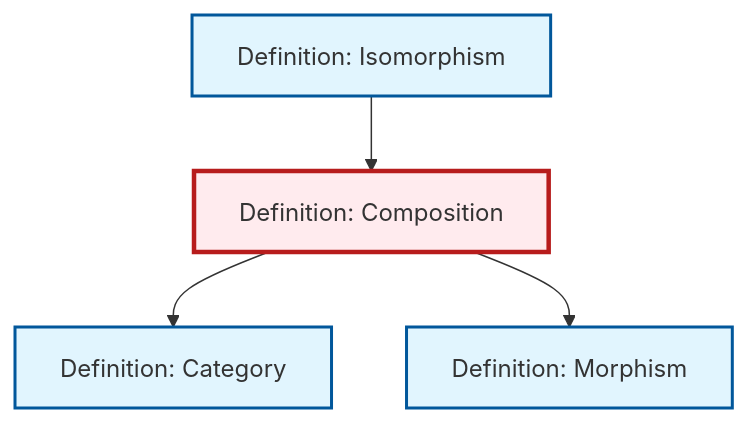
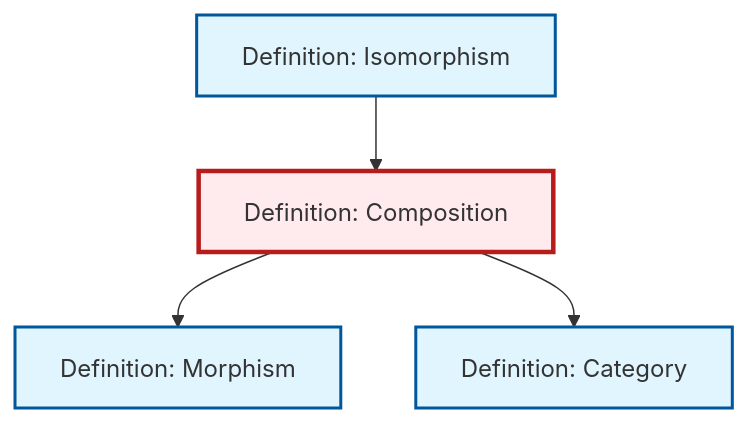
One commit to RK0429/ModernMath changed the diagram in output/mermaid/def-composition.mermaid. Above: the diagram before and after it, drawn with Mermaid. The commit also changed other lines of this file and 474 other files, not shown here.

```diff
--- a/output/mermaid/def-composition.mermaid
+++ b/output/mermaid/def-composition.mermaid
@@ -1,15 +1,15 @@
 %%| fig-cap: "Local dependency graph"
 graph TD
     classDef definition fill:#e1f5fe,stroke:#01579b,stroke-width:2px
     classDef theorem fill:#f3e5f5,stroke:#4a148c,stroke-width:2px
     classDef axiom fill:#fff3e0,stroke:#e65100,stroke-width:2px
     classDef example fill:#e8f5e9,stroke:#1b5e20,stroke-width:2px
     classDef current fill:#ffebee,stroke:#b71c1c,stroke-width:3px
+    def-isomorphism["Definition: Isomorphism"]:::definition
+    def-category["Definition: Category"]:::definition
+    def-composition["Definition: Composition"]:::definition
     def-morphism["Definition: Morphism"]:::definition
-    def-isomorphism["Definition: Isomorphism"]:::definition
-    def-composition["Definition: Composition"]:::definition
-    def-category["Definition: Category"]:::definition
+    def-composition --> def-morphism
     def-isomorphism --> def-composition
     def-composition --> def-category
-    def-composition --> def-morphism
     class def-composition current
```
